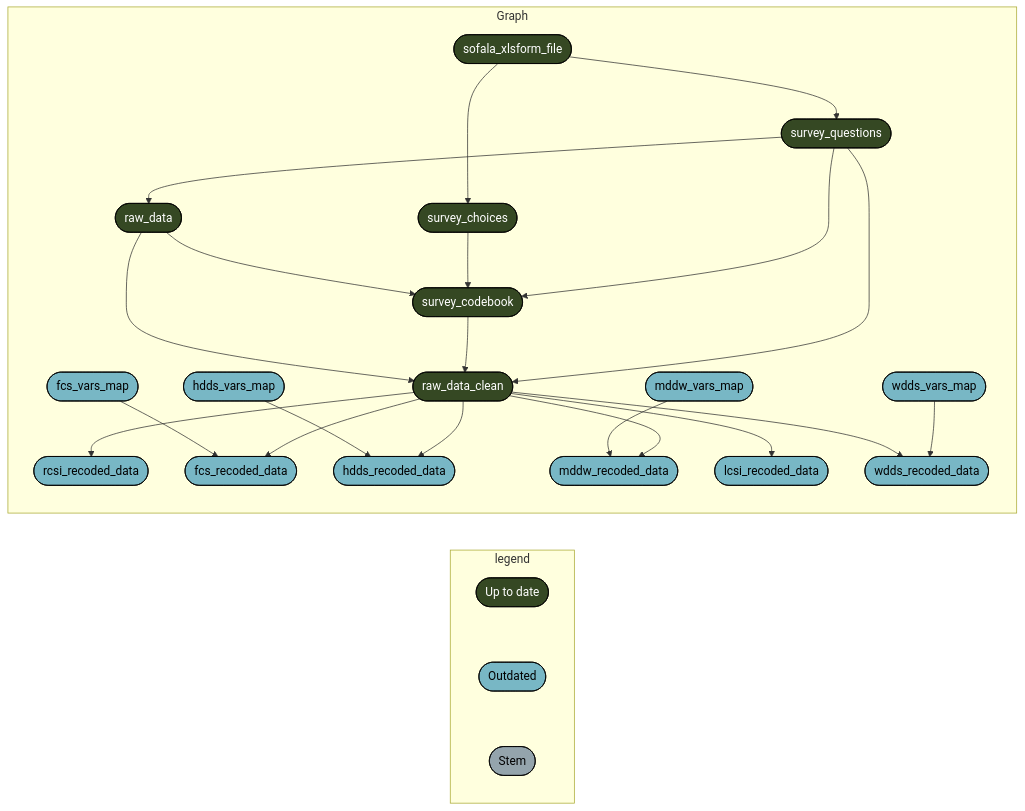
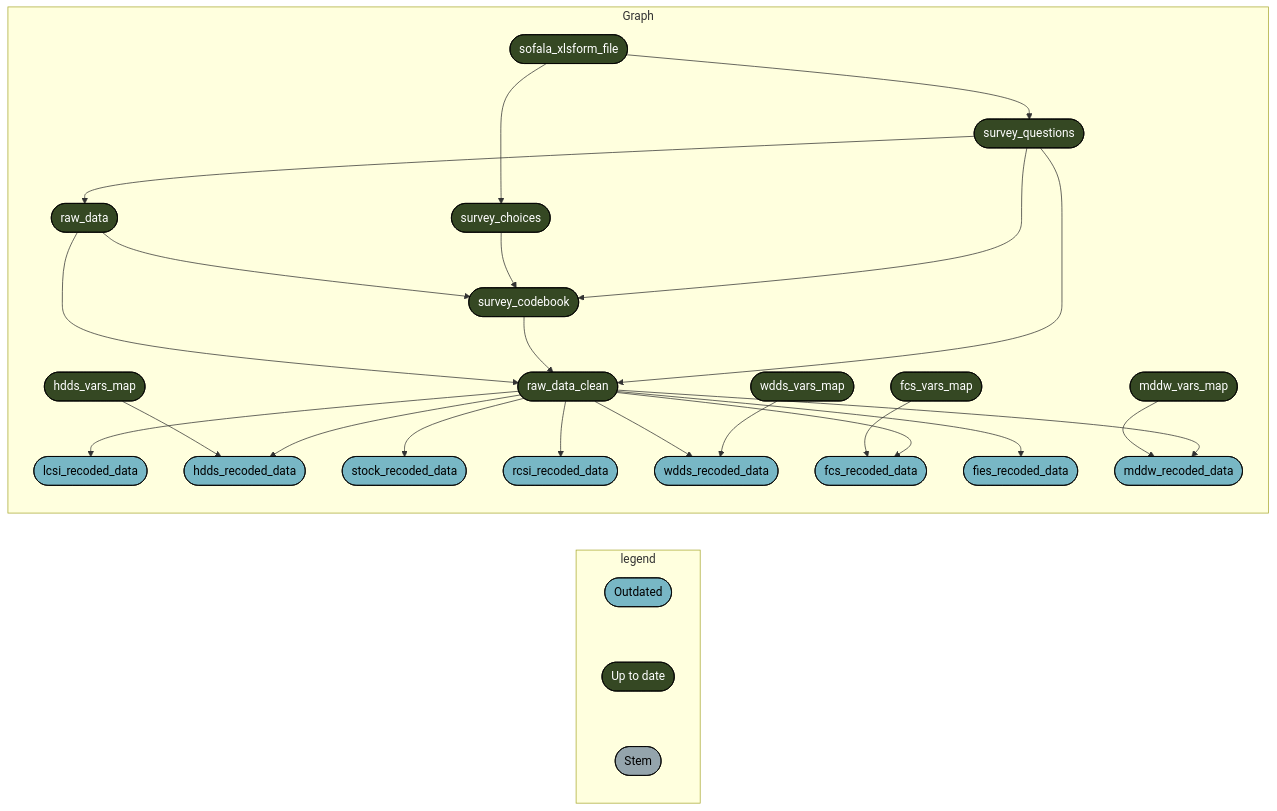
The second of 15 diagrams in README.md (katilingban/mozambique-s3m), drawn with Mermaid before and after one commit. The commit also changed other lines of this file and 1 other file, not shown here.

````diff
--- a/README.md
+++ b/README.md
@@ -56,33 +59,35 @@
 ``` mermaid
 graph LR
   subgraph legend
-    x7420bd9270f8d27d([""Up to date""]):::uptodate --- x0a52b03877696646([""Outdated""]):::outdated
-    x0a52b03877696646([""Outdated""]):::outdated --- xbf4603d6c2c2ad6b([""Stem""]):::none
+    x0a52b03877696646([""Outdated""]):::outdated --- x7420bd9270f8d27d([""Up to date""]):::uptodate
+    x7420bd9270f8d27d([""Up to date""]):::uptodate --- xbf4603d6c2c2ad6b([""Stem""]):::none
   end
   subgraph Graph
+    x09e58614f2343db8(["raw_data_clean"]):::uptodate --> x1bfdb340aaf51c10(["lcsi_recoded_data"]):::outdated
+    x52eeb21c389d52d8(["sofala_xlsform_file"]):::uptodate --> x0c65864d89dfd824(["survey_questions"]):::uptodate
+    x136e4e85e6851637(["raw_data"]):::uptodate --> xfcfc1959dbba8ed3(["survey_codebook"]):::uptodate
+    x5aed27afbde18e19(["survey_choices"]):::uptodate --> xfcfc1959dbba8ed3(["survey_codebook"]):::uptodate
+    x0c65864d89dfd824(["survey_questions"]):::uptodate --> xfcfc1959dbba8ed3(["survey_codebook"]):::uptodate
+    xd946f9fb4faff97c(["hdds_vars_map"]):::uptodate --> x5f4e9e79af1e1472(["hdds_recoded_data"]):::outdated
+    x09e58614f2343db8(["raw_data_clean"]):::uptodate --> x5f4e9e79af1e1472(["hdds_recoded_data"]):::outdated
+    x09e58614f2343db8(["raw_data_clean"]):::uptodate --> xe30a779c94007481(["stock_recoded_data"]):::outdated
+    x09e58614f2343db8(["raw_data_clean"]):::uptodate --> x9db0983be8f9a87e(["rcsi_recoded_data"]):::outdated
     x136e4e85e6851637(["raw_data"]):::uptodate --> x09e58614f2343db8(["raw_data_clean"]):::uptodate
     xfcfc1959dbba8ed3(["survey_codebook"]):::uptodate --> x09e58614f2343db8(["raw_data_clean"]):::uptodate
     x0c65864d89dfd824(["survey_questions"]):::uptodate --> x09e58614f2343db8(["raw_data_clean"]):::uptodate
-    x09e58614f2343db8(["raw_data_clean"]):::uptodate --> x9db0983be8f9a87e(["rcsi_recoded_data"]):::outdated
+    x09e58614f2343db8(["raw_data_clean"]):::uptodate --> x89dfb95fe8e44cfd(["wdds_recoded_data"]):::outdated
+    xf222f81b7d734901(["wdds_vars_map"]):::uptodate --> x89dfb95fe8e44cfd(["wdds_recoded_data"]):::outdated
+    x52eeb21c389d52d8(["sofala_xlsform_file"]):::uptodate --> x5aed27afbde18e19(["survey_choices"]):::uptodate
+    x6d5a6a038d8cf062(["fcs_vars_map"]):::uptodate --> x710620555a048954(["fcs_recoded_data"]):::outdated
+    x09e58614f2343db8(["raw_data_clean"]):::uptodate --> x710620555a048954(["fcs_recoded_data"]):::outdated
     x0c65864d89dfd824(["survey_questions"]):::uptodate --> x136e4e85e6851637(["raw_data"]):::uptodate
-    x6d5a6a038d8cf062(["fcs_vars_map"]):::outdated --> x710620555a048954(["fcs_recoded_data"]):::outdated
-    x09e58614f2343db8(["raw_data_clean"]):::uptodate --> x710620555a048954(["fcs_recoded_data"]):::outdated
-    x52eeb21c389d52d8(["sofala_xlsform_file"]):::uptodate --> x0c65864d89dfd824(["survey_questions"]):::uptodate
-    xd946f9fb4faff97c(["hdds_vars_map"]):::outdated --> x5f4e9e79af1e1472(["hdds_recoded_data"]):::outdated
-    x09e58614f2343db8(["raw_data_clean"]):::uptodate --> x5f4e9e79af1e1472(["hdds_recoded_data"]):::outdated
-    xcf59fc858ba254c4(["mddw_vars_map"]):::outdated --> xaf0c296cd393c60a(["mddw_recoded_data"]):::outdated
+    x09e58614f2343db8(["raw_data_clean"]):::uptodate --> x496492de0126f151(["fies_recoded_data"]):::outdated
+    xcf59fc858ba254c4(["mddw_vars_map"]):::uptodate --> xaf0c296cd393c60a(["mddw_recoded_data"]):::outdated
     x09e58614f2343db8(["raw_data_clean"]):::uptodate --> xaf0c296cd393c60a(["mddw_recoded_data"]):::outdated
-    x09e58614f2343db8(["raw_data_clean"]):::uptodate --> x1bfdb340aaf51c10(["lcsi_recoded_data"]):::outdated
-    x136e4e85e6851637(["raw_data"]):::uptodate --> xfcfc1959dbba8ed3(["survey_codebook"]):::uptodate
-    x5aed27afbde18e19(["survey_choices"]):::uptodate --> xfcfc1959dbba8ed3(["survey_codebook"]):::uptodate
-    x0c65864d89dfd824(["survey_questions"]):::uptodate --> xfcfc1959dbba8ed3(["survey_codebook"]):::uptodate
-    x09e58614f2343db8(["raw_data_clean"]):::uptodate --> x89dfb95fe8e44cfd(["wdds_recoded_data"]):::outdated
-    xf222f81b7d734901(["wdds_vars_map"]):::outdated --> x89dfb95fe8e44cfd(["wdds_recoded_data"]):::outdated
-    x52eeb21c389d52d8(["sofala_xlsform_file"]):::uptodate --> x5aed27afbde18e19(["survey_choices"]):::uptodate
   end
+  classDef outdated stroke:#000000,color:#000000,fill:#78B7C5;
   classDef uptodate stroke:#000000,color:#ffffff,fill:#354823;
-  classDef outdated stroke:#000000,color:#000000,fill:#78B7C5;
   classDef none stroke:#000000,color:#000000,fill:#94a4ac;
   linkStyle 0 stroke-width:0px;
   linkStyle 1 stroke-width:0px;
 ```
````
